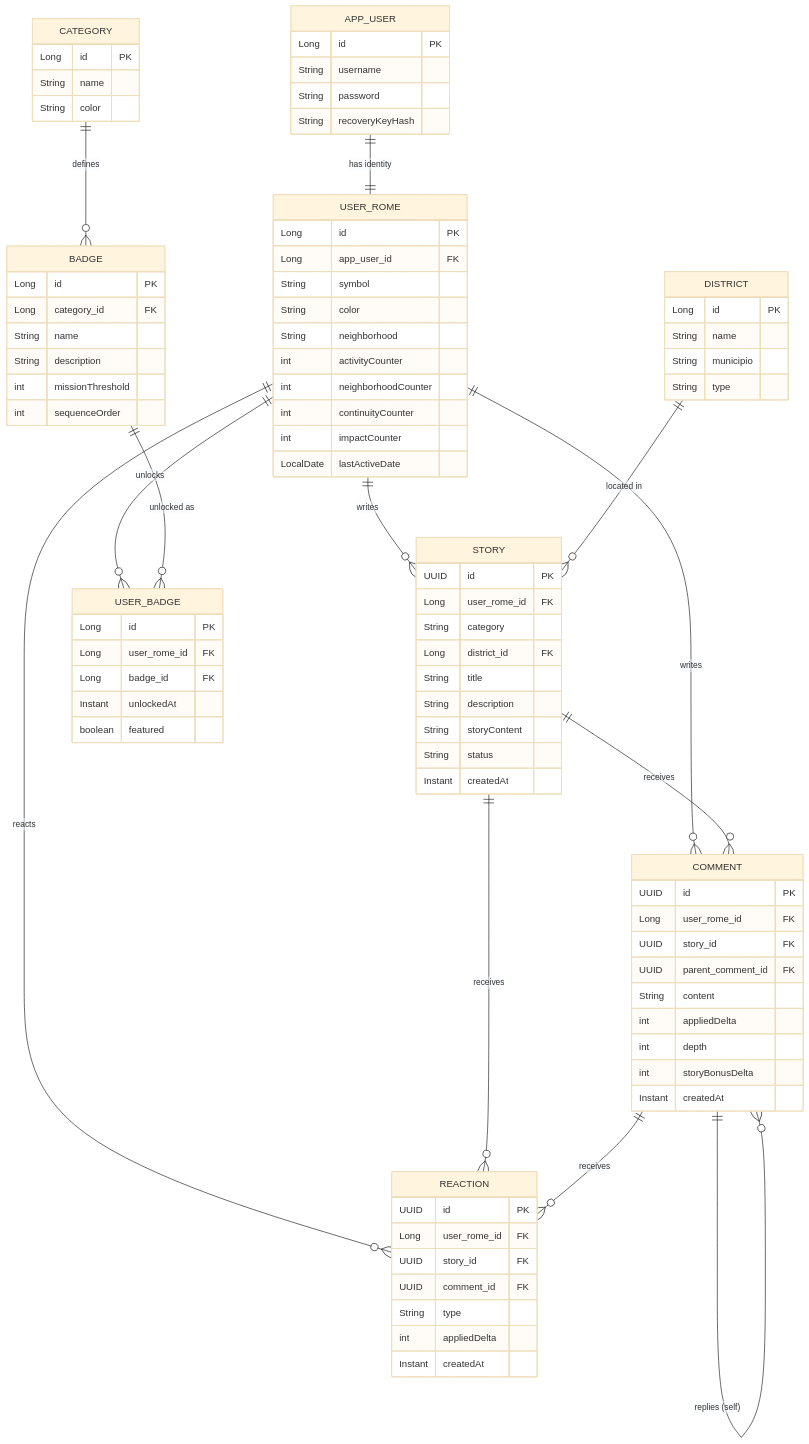
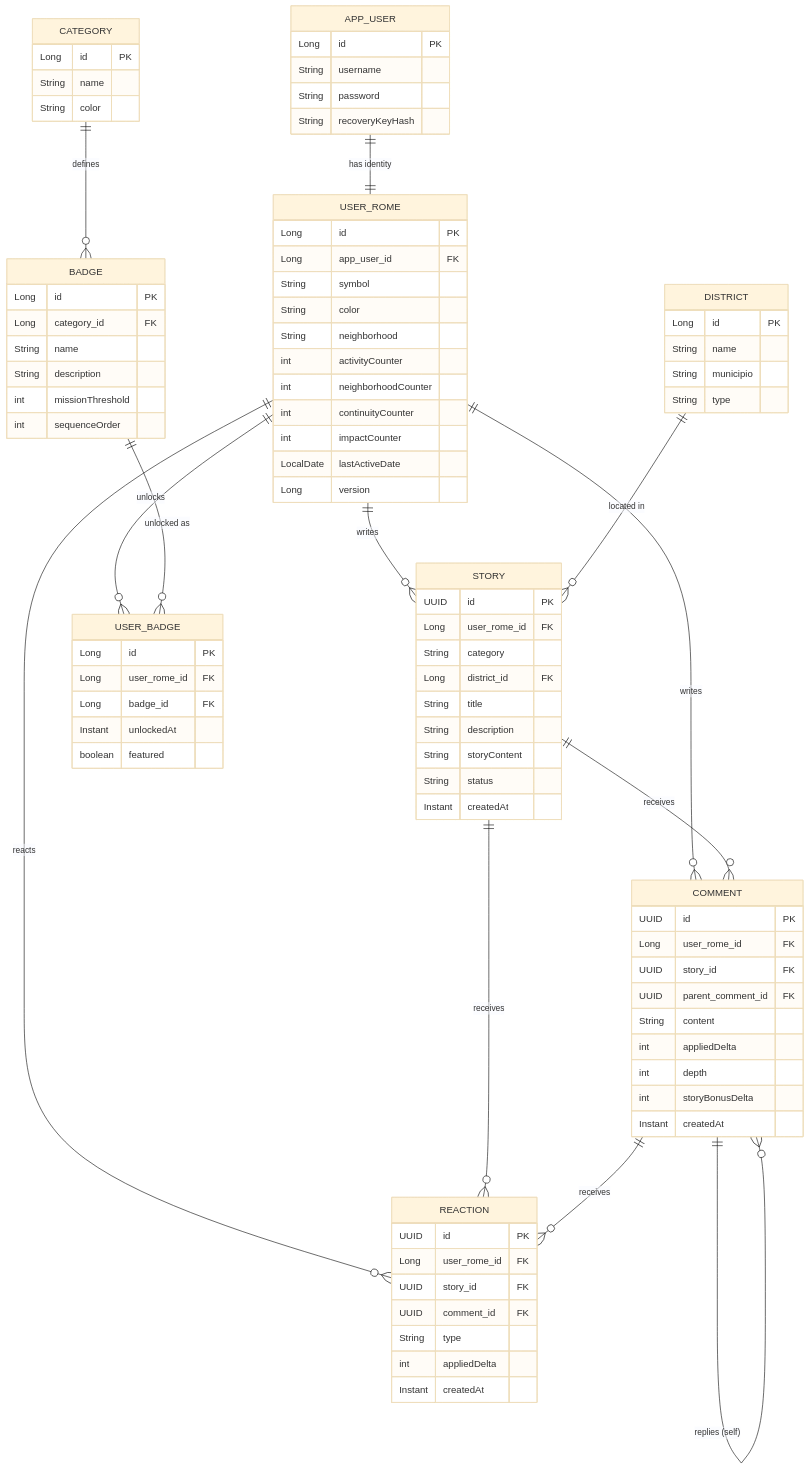
One commit to andreaDevelope/City-Voice-API changed the diagram in docs/02-scoring-and-badges.md. Above: the diagram before and after it, drawn with Mermaid (base theme). The commit also changed other lines of this file, not shown here.

Commit message:
docs(scoring): align continuity, retry placement and ER diagram with code - Remove the registerDailyAccess TODO, already implemented - Move 'Concurrent counter updates' out of the per-category flow, before Schema and constraints - Add the missing version field to USER_ROME in the ER diagram

```diff
--- a/docs/02-scoring-and-badges.md
+++ b/docs/02-scoring-and-badges.md
@@ -118,6 +116,7 @@
         int continuityCounter
         int impactCounter
         LocalDate lastActiveDate
+        Long version
     }
     
     DISTRICT {
```
